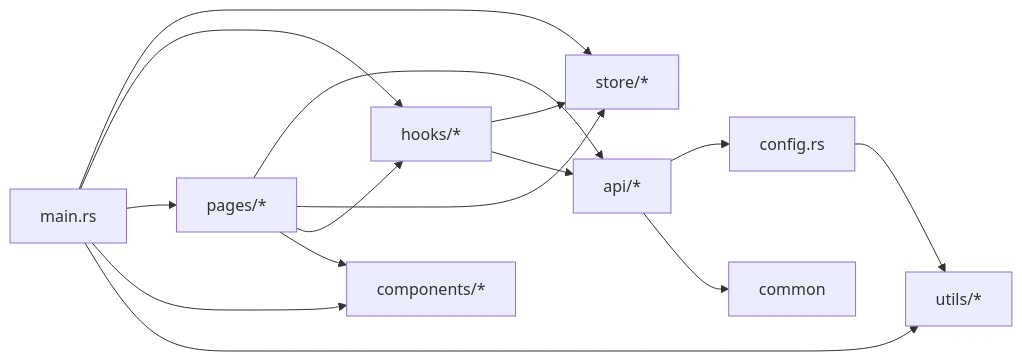
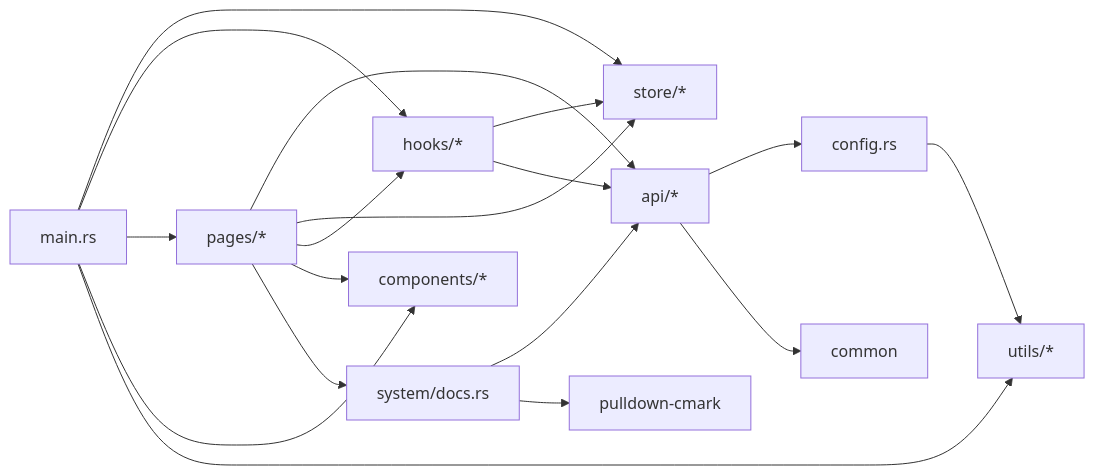
Before and after one commit to runningcoders/ai_orz: the ninth of 9 diagrams in .qoder/repowiki/zh/content/前端应用/前端架构设计.md, drawn with Mermaid. The commit also changed other lines of this file and 338 other files, not shown here.

````diff
--- a/.qoder/repowiki/zh/content/前端应用/前端架构设计.md
+++ b/.qoder/repowiki/zh/content/前端应用/前端架构设计.md
@@ -320,17 +407,20 @@
 ```mermaid
 graph LR
 M["main.rs"] --> ST["store/*"]
 M --> HK["hooks/*"]
 M --> PG["pages/*"]
 M --> CM["components/*"]
 M --> UT["utils/*"]
 PG --> AP["api/*"]
 PG --> ST
 PG --> HK
 PG --> CM
+PG --> SD["system/docs.rs"]
 AP --> CF["config.rs"]
 AP --> CO["common"]
 HK --> ST
 HK --> AP
 CF --> UT
+SD --> AP
+SD --> MD["pulldown-cmark"]
 ```
````
